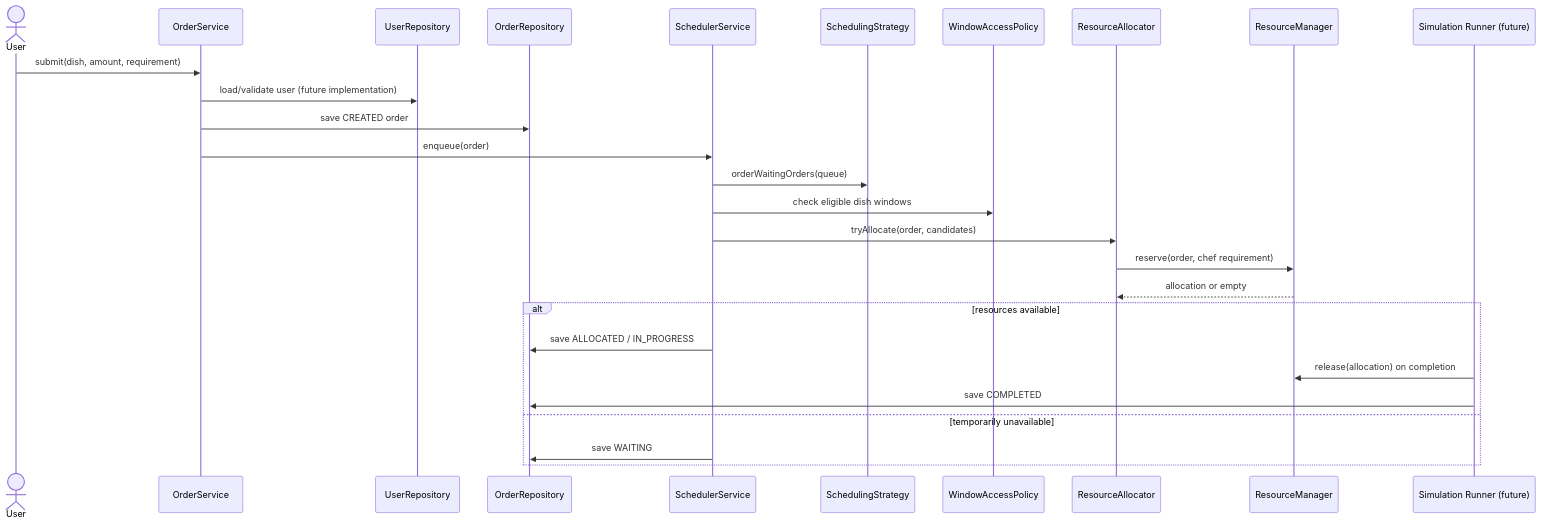
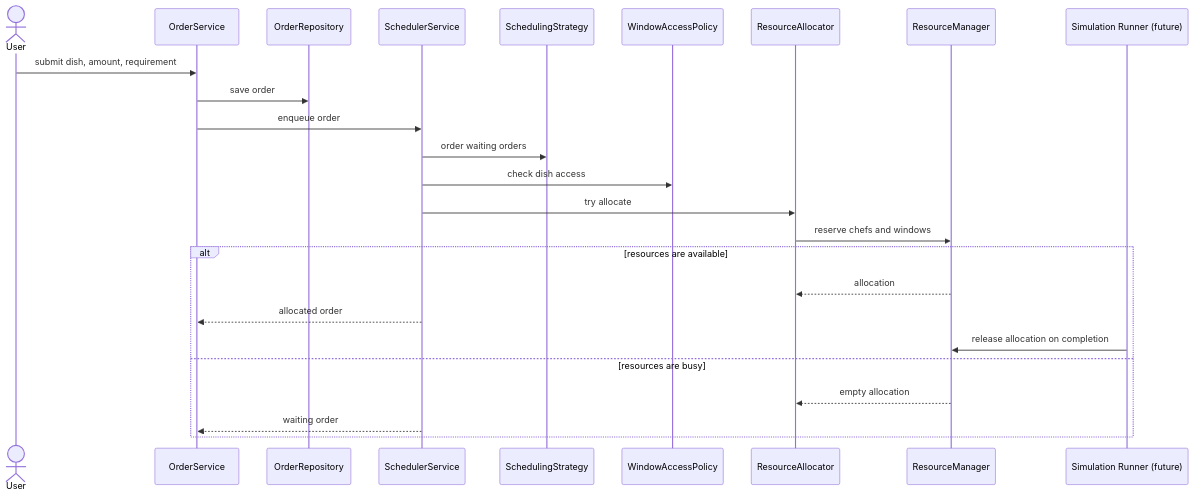
One commit to Jim-mice/Canteen-of-UBAA changed the second of 2 diagrams in docs/ARCHITECTURE.md. Above: the diagram before and after it, drawn with Mermaid. The commit also changed other lines of this file and 72 other files, not shown here.

````diff
--- a/docs/ARCHITECTURE.md
+++ b/docs/ARCHITECTURE.md
@@ -41,29 +48,27 @@
 ```mermaid
 sequenceDiagram
   actor User
   participant OS as OrderService
-  participant UR as UserRepository
   participant OR as OrderRepository
   participant SS as SchedulerService
   participant ST as SchedulingStrategy
   participant AP as WindowAccessPolicy
   participant RA as ResourceAllocator
   participant RM as ResourceManager
   participant Runner as Simulation Runner (future)
-  User->>OS: submit(dish, amount, requirement)
-  OS->>UR: load/validate user (future implementation)
-  OS->>OR: save CREATED order
-  OS->>SS: enqueue(order)
-  SS->>ST: orderWaitingOrders(queue)
-  SS->>AP: check eligible dish windows
-  SS->>RA: tryAllocate(order, candidates)
-  RA->>RM: reserve(order, chef requirement)
-  RM-->>RA: allocation or empty
-  alt resources available
-    SS->>OR: save ALLOCATED / IN_PROGRESS
-    Runner->>RM: release(allocation) on completion
-    Runner->>OR: save COMPLETED
-  else temporarily unavailable
-    SS->>OR: save WAITING
+  User->>OS: submit dish, amount, requirement
+  OS->>OR: save order
+  OS->>SS: enqueue order
+  SS->>ST: order waiting orders
+  SS->>AP: check dish access
+  SS->>RA: try allocate
+  RA->>RM: reserve chefs and windows
+  alt resources are available
+    RM-->>RA: allocation
+    SS-->>OS: allocated order
+    Runner->>RM: release allocation on completion
+  else resources are busy
+    RM-->>RA: empty allocation
+    SS-->>OS: waiting order
   end
 ```
````
